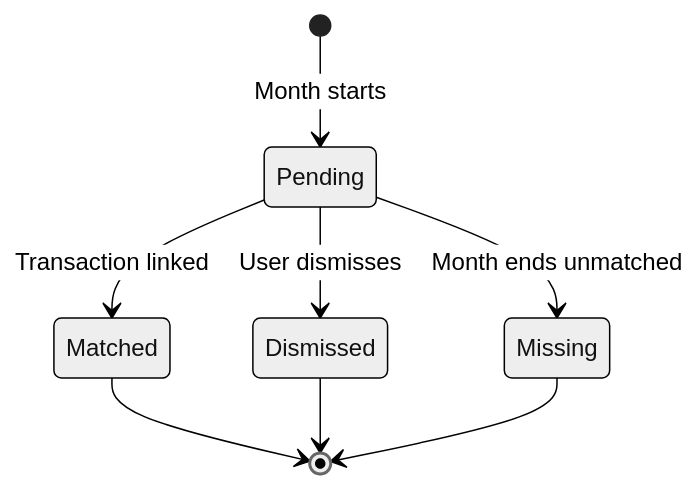
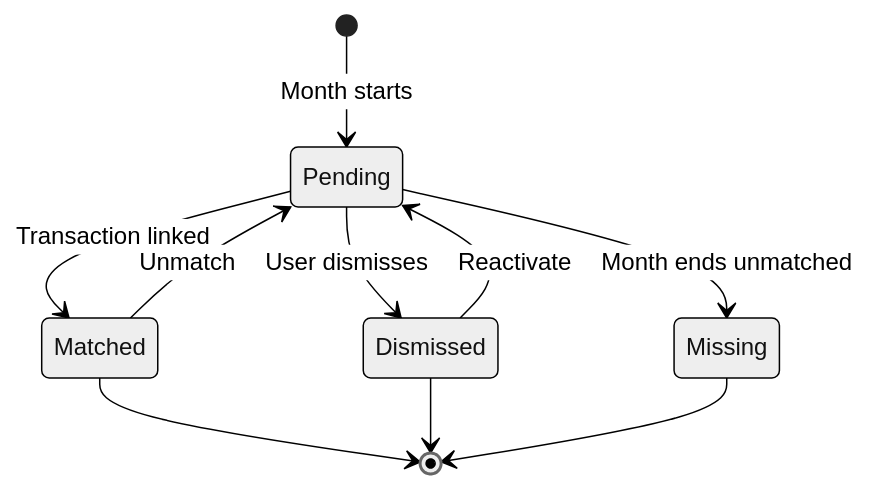
One commit to lucastamoios/celeiro changed the third of 4 diagrams in docs/domains.md. Above: the diagram before and after it, drawn with Mermaid (neutral theme). The commit also changed other lines of this file and 1 other file, not shown here.

````diff
--- a/docs/domains.md
+++ b/docs/domains.md
@@ -218,10 +224,12 @@
 ```mermaid
 stateDiagram-v2
     [*] --> Pending: Month starts
     Pending --> Matched: Transaction linked
     Pending --> Dismissed: User dismisses
     Pending --> Missing: Month ends unmatched
+    Matched --> Pending: Unmatch
+    Dismissed --> Pending: Reactivate
     Matched --> [*]
     Dismissed --> [*]
     Missing --> [*]
 ```
````
